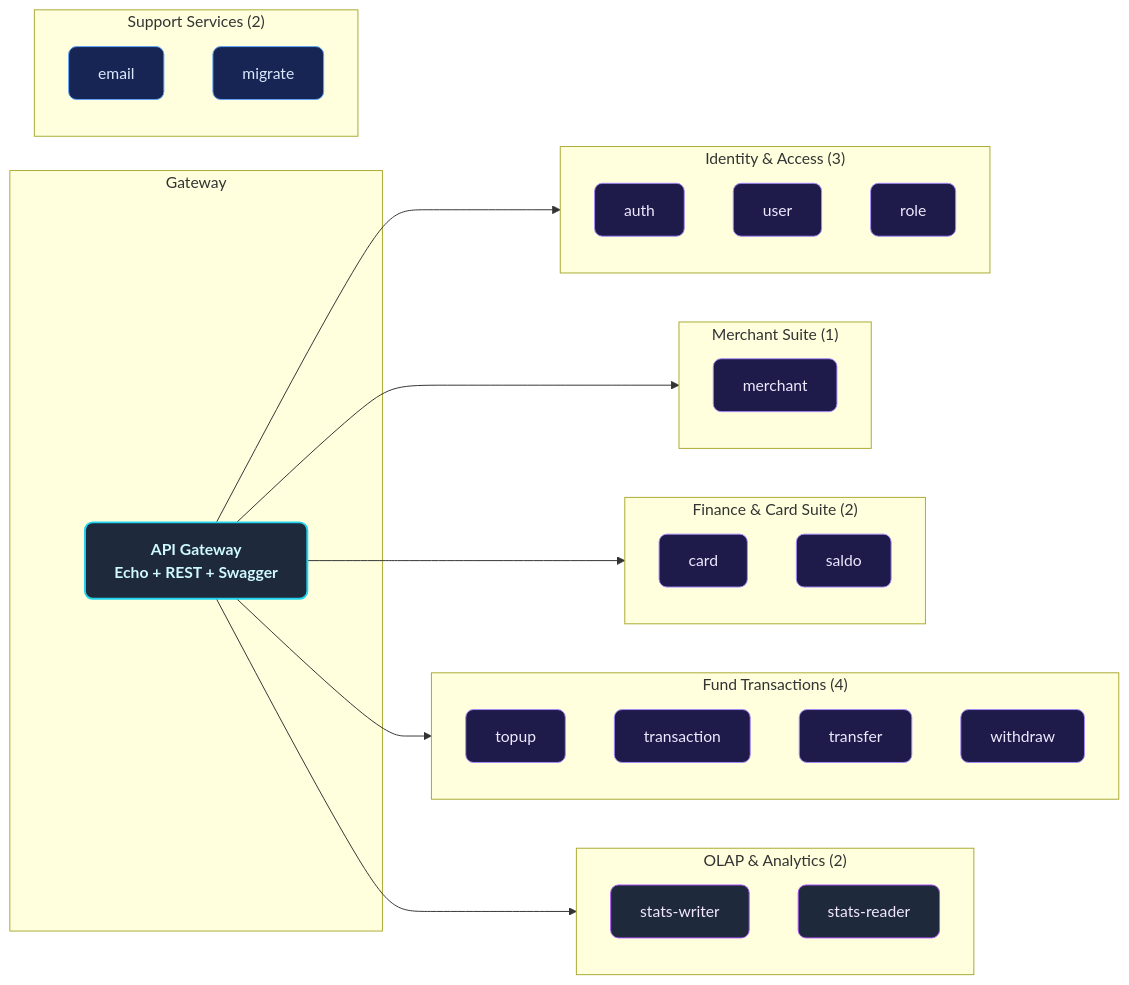
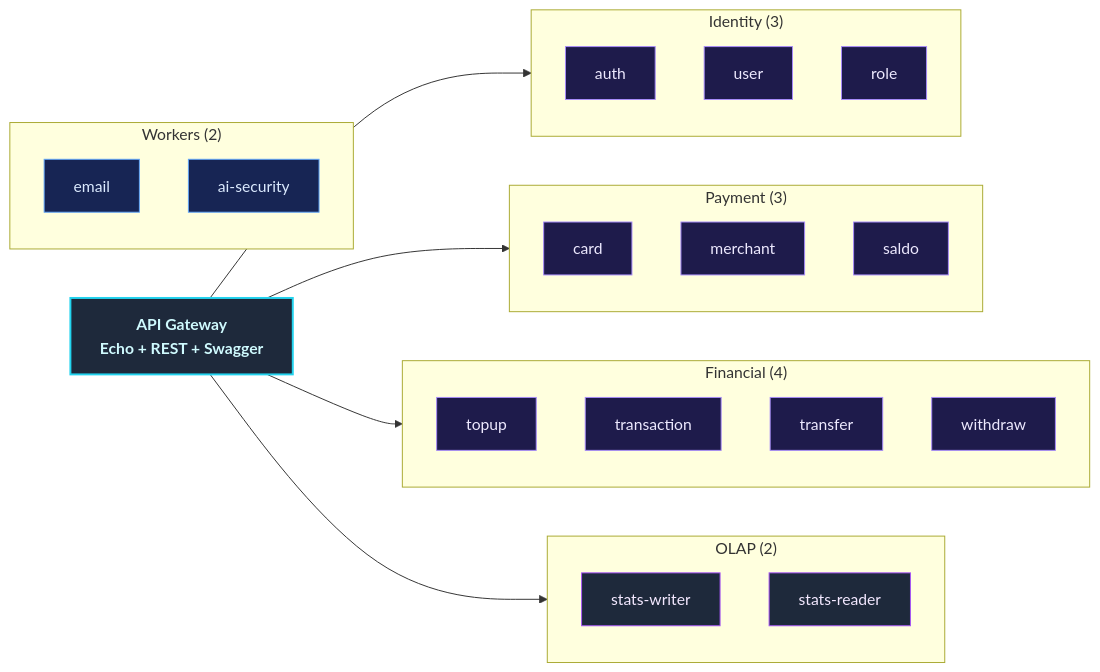
One commit to MamangRust/microservice-payment-gateway-gorm changed the second of 15 diagrams in README.md. Above: the diagram before and after it, drawn with Mermaid. The commit also changed other lines of this file and 545 other files, not shown here.

````diff
--- a/README.md
+++ b/README.md
@@ -166,49 +239,43 @@
 ```mermaid
 graph LR
-    classDef svc fill:#1e1b4b,stroke:#a78bfa,color:#ede9fe,stroke-width:1px,rx:8
-    classDef gw fill:#1e293b,stroke:#22d3ee,color:#cffafe,stroke-width:2px,rx:8,font-weight:bold
-    classDef support fill:#172554,stroke:#60a5fa,color:#dbeafe,stroke-width:1px,rx:8
-    classDef olap fill:#1e293b,stroke:#a855f7,color:#f3e8ff,stroke-width:1px,rx:8
+    classDef svc fill:#1e1b4b,stroke:#a78bfa,color:#ede9fe,stroke-width:1px
+    classDef gw fill:#1e293b,stroke:#22d3ee,color:#cffafe,stroke-width:2px,font-weight:bold
+    classDef support fill:#172554,stroke:#60a5fa,color:#dbeafe,stroke-width:1px
+    classDef olap fill:#1e293b,stroke:#a855f7,color:#f3e8ff,stroke-width:1px
 
-    subgraph Gateway
-        API["API Gateway<br/>Echo + REST + Swagger"]:::gw
-    end
+    API["API Gateway<br/>Echo + REST + Swagger"]:::gw
 
-    subgraph Identity["Identity & Access (3)"]
+    subgraph Identity["Identity (3)"]
         A1["auth"]:::svc
         A2["user"]:::svc
         A3["role"]:::svc
     end
 
-    subgraph Merchant["Merchant Suite (1)"]
-        M1["merchant"]:::svc
+    subgraph Payment["Payment (3)"]
+        P1["card"]:::svc
+        P2["merchant"]:::svc
+        P3["saldo"]:::svc
     end
 
-    subgraph Finance["Finance & Card Suite (2)"]
-        F1["card"]:::svc
-        F2["saldo"]:::svc
+    subgraph Financial["Financial (4)"]
+        F1["topup"]:::svc
+        F2["transaction"]:::svc
+        F3["transfer"]:::svc
+        F4["withdraw"]:::svc
     end
 
-    subgraph Movements["Fund Transactions (4)"]
-        T1["topup"]:::svc
-        T2["transaction"]:::svc
-        T3["transfer"]:::svc
-        T4["withdraw"]:::svc
-    end
-
-    subgraph OLAP["OLAP & Analytics (2)"]
+    subgraph OLAP["OLAP (2)"]
         O1["stats-writer"]:::olap
         O2["stats-reader"]:::olap
     end
 
-    subgraph Support["Support Services (2)"]
+    subgraph Support["Workers (2)"]
         S1["email"]:::support
-        S2["migrate"]:::support
+        S2["ai-security"]:::support
     end
 
     API --> Identity
-    API --> Merchant
-    API --> Finance
-    API --> Movements
+    API --> Payment
+    API --> Financial
     API --> OLAP
 ```
````
